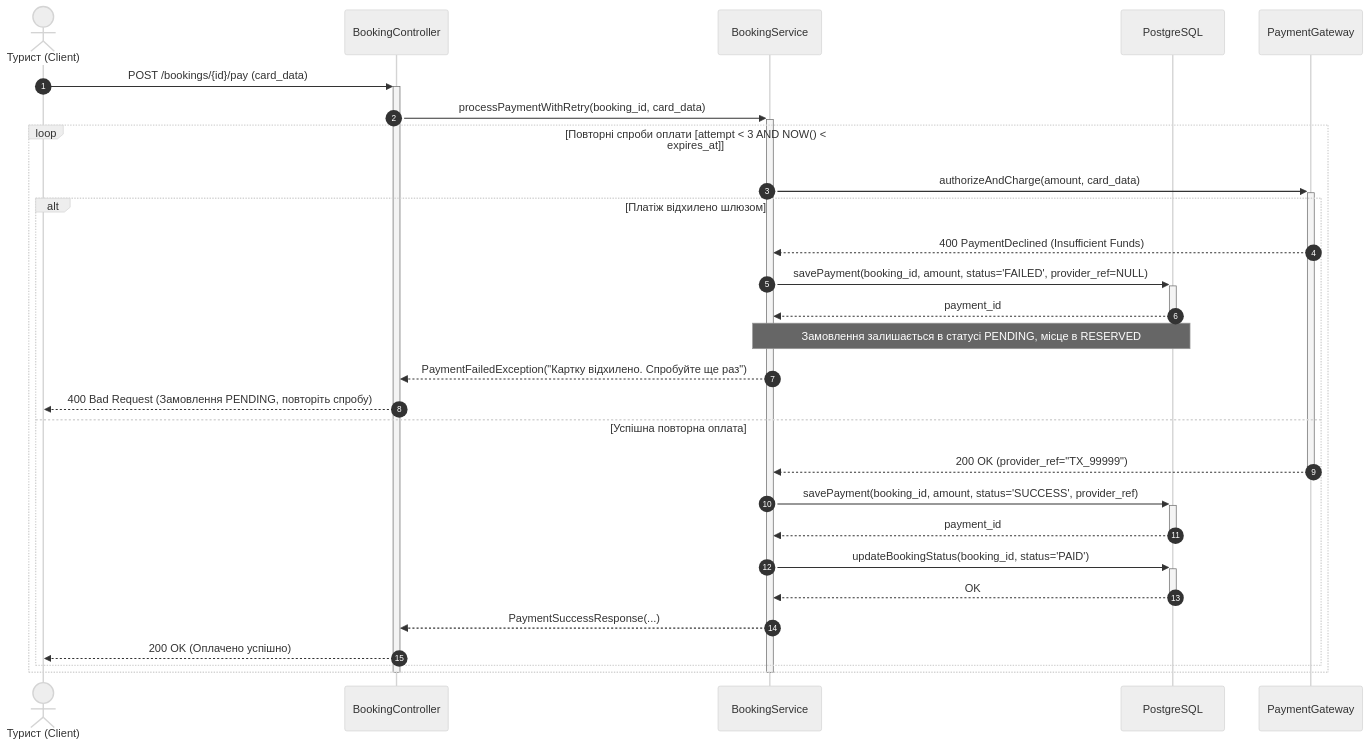
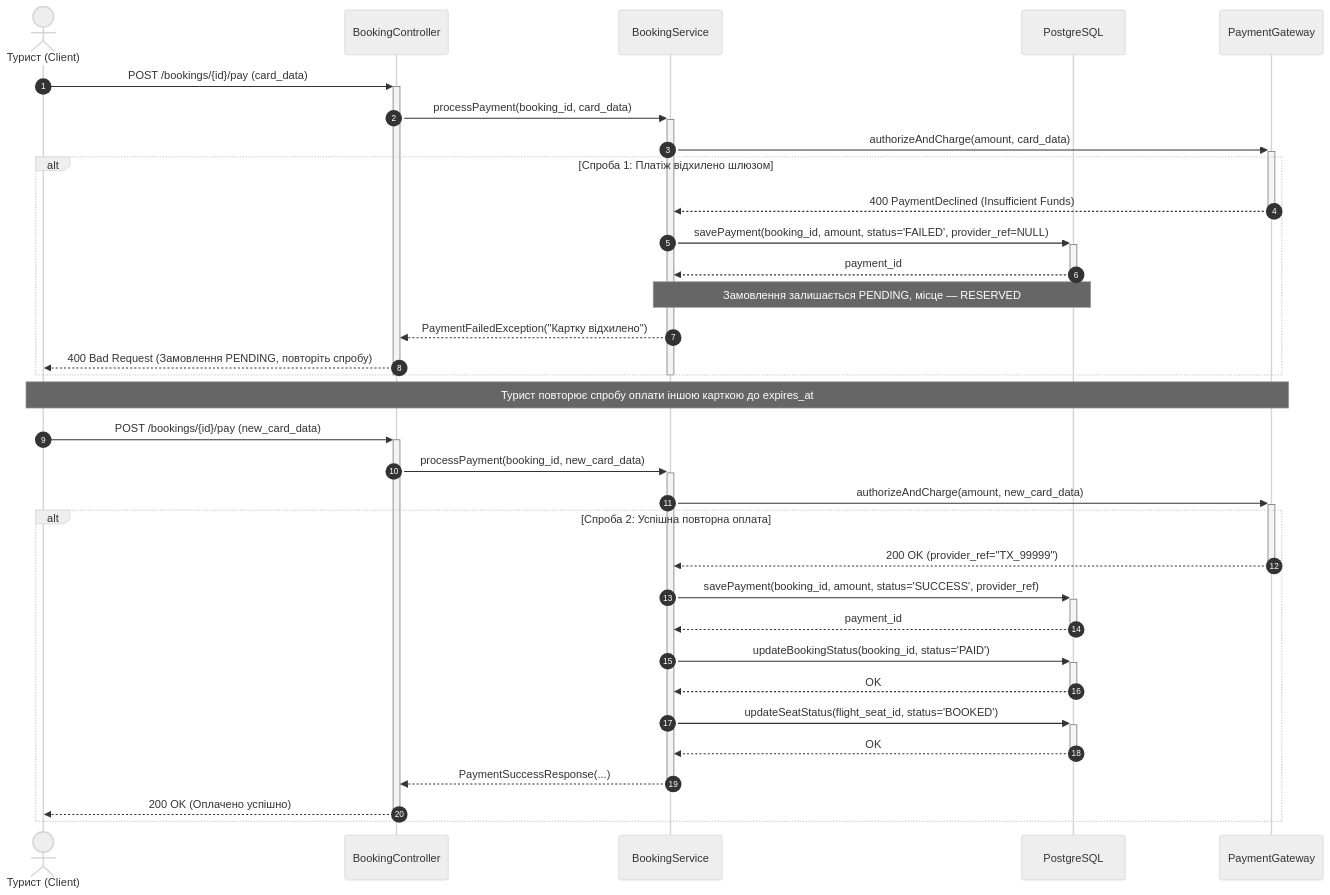
The fifth of 6 diagrams in README.md (MVlance/kpi2_laba), drawn with Mermaid (neutral theme) before and after one commit. The commit also changed other lines of this file, not shown here.

Commit message:
fix(sequence-diagram): fix activations, opt block placement, retry block

````diff
--- a/README.md
+++ b/README.md
@@ -262,35 +262,43 @@
 ```mermaid
 sequenceDiagram
     autonumber
     actor Tourist as Турист (Client)
     participant API as BookingController
     participant Service as BookingService
     participant DB as PostgreSQL
     participant PG as PaymentGateway
 
     Tourist->>+API: POST /bookings/{id}/pay (card_data)
-    API->>+Service: processPaymentWithRetry(booking_id, card_data)
+    API->>+Service: processPayment(booking_id, card_data)
 
-    loop Повторні спроби оплати [attempt < 3 AND NOW() < expires_at]
-        Service->>+PG: authorizeAndCharge(amount, card_data)
-        alt Платіж відхилено шлюзом
-            PG-->>Service: 400 PaymentDeclined (Insufficient Funds)
-            Service->>+DB: savePayment(booking_id, amount, status='FAILED', provider_ref=NULL)
-            DB-->>-Service: payment_id
-            
-            Note over Service,DB: Замовлення залишається в статусі PENDING, місце в RESERVED
-            Service-->>API: PaymentFailedException("Картку відхилено. Спробуйте ще раз")
-            API-->>Tourist: 400 Bad Request (Замовлення PENDING, повторіть спробу)
-        else Успішна повторна оплата
-            PG-->>-Service: 200 OK (provider_ref="TX_99999")
-            Service->>+DB: savePayment(booking_id, amount, status='SUCCESS', provider_ref)
-            DB-->>-Service: payment_id
-            Service->>+DB: updateBookingStatus(booking_id, status='PAID')
-            DB-->>-Service: OK
-            Service-->>API: PaymentSuccessResponse(...)
-            API-->>Tourist: 200 OK (Оплачено успішно)
-        end
+    Service->>+PG: authorizeAndCharge(amount, card_data)
+    
+    alt Спроба 1: Платіж відхилено шлюзом
+        PG-->>-Service: 400 PaymentDeclined (Insufficient Funds)
+        Service->>+DB: savePayment(booking_id, amount, status='FAILED', provider_ref=NULL)
+        DB-->>-Service: payment_id
+        Note over Service,DB: Замовлення залишається PENDING, місце — RESERVED
+        Service-->>API: PaymentFailedException("Картку відхилено")
+        API-->>Tourist: 400 Bad Request (Замовлення PENDING, повторіть спробу)
     end
     deactivate Service
     deactivate API
+
+    Note over Tourist,PG: Турист повторює спробу оплати іншою карткою до expires_at
+
+    Tourist->>+API: POST /bookings/{id}/pay (new_card_data)
+    API->>+Service: processPayment(booking_id, new_card_data)
+    Service->>+PG: authorizeAndCharge(amount, new_card_data)
+    
+    alt Спроба 2: Успішна повторна оплата
+        PG-->>-Service: 200 OK (provider_ref="TX_99999")
+        Service->>+DB: savePayment(booking_id, amount, status='SUCCESS', provider_ref)
+        DB-->>-Service: payment_id
+        Service->>+DB: updateBookingStatus(booking_id, status='PAID')
+        DB-->>-Service: OK
+        Service->>+DB: updateSeatStatus(flight_seat_id, status='BOOKED')
+        DB-->>-Service: OK
+        Service-->>-API: PaymentSuccessResponse(...)
+        API-->>-Tourist: 200 OK (Оплачено успішно)
+    end
 ```
````
